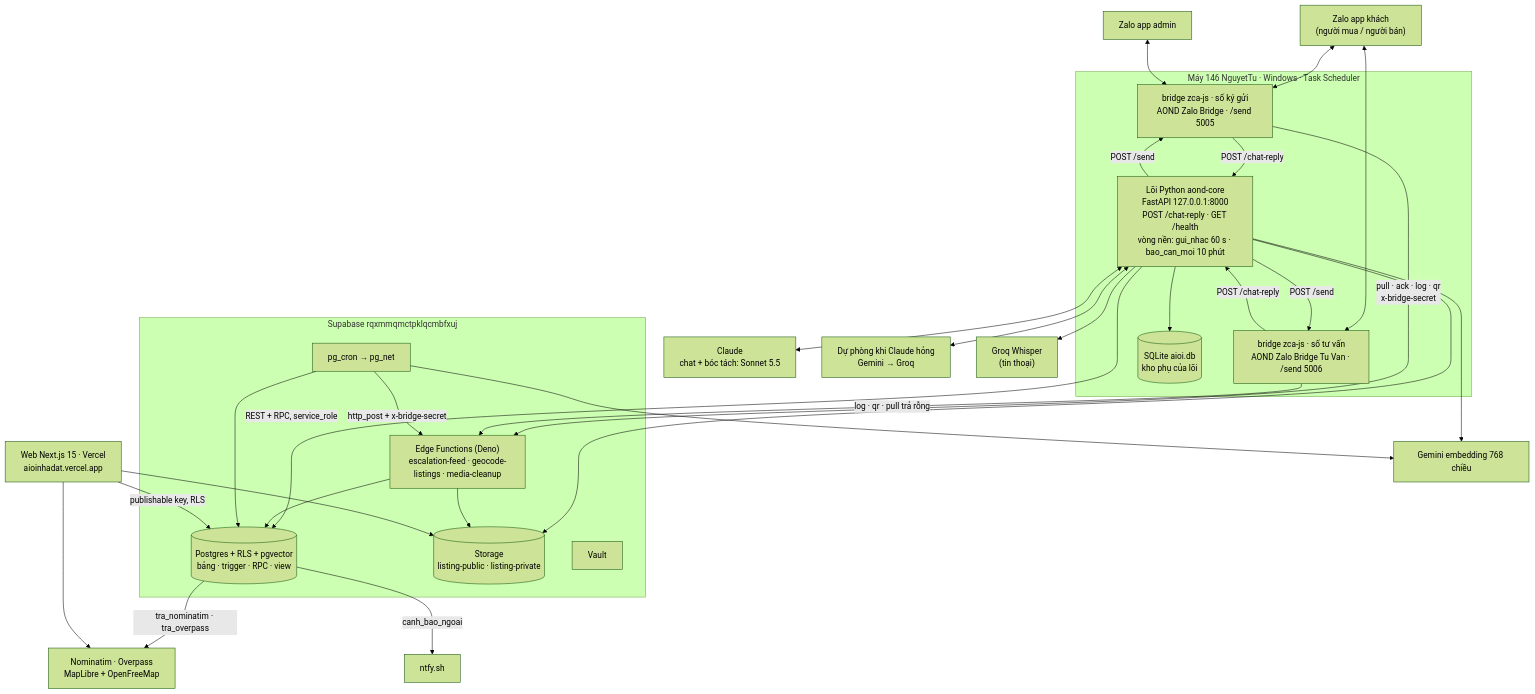
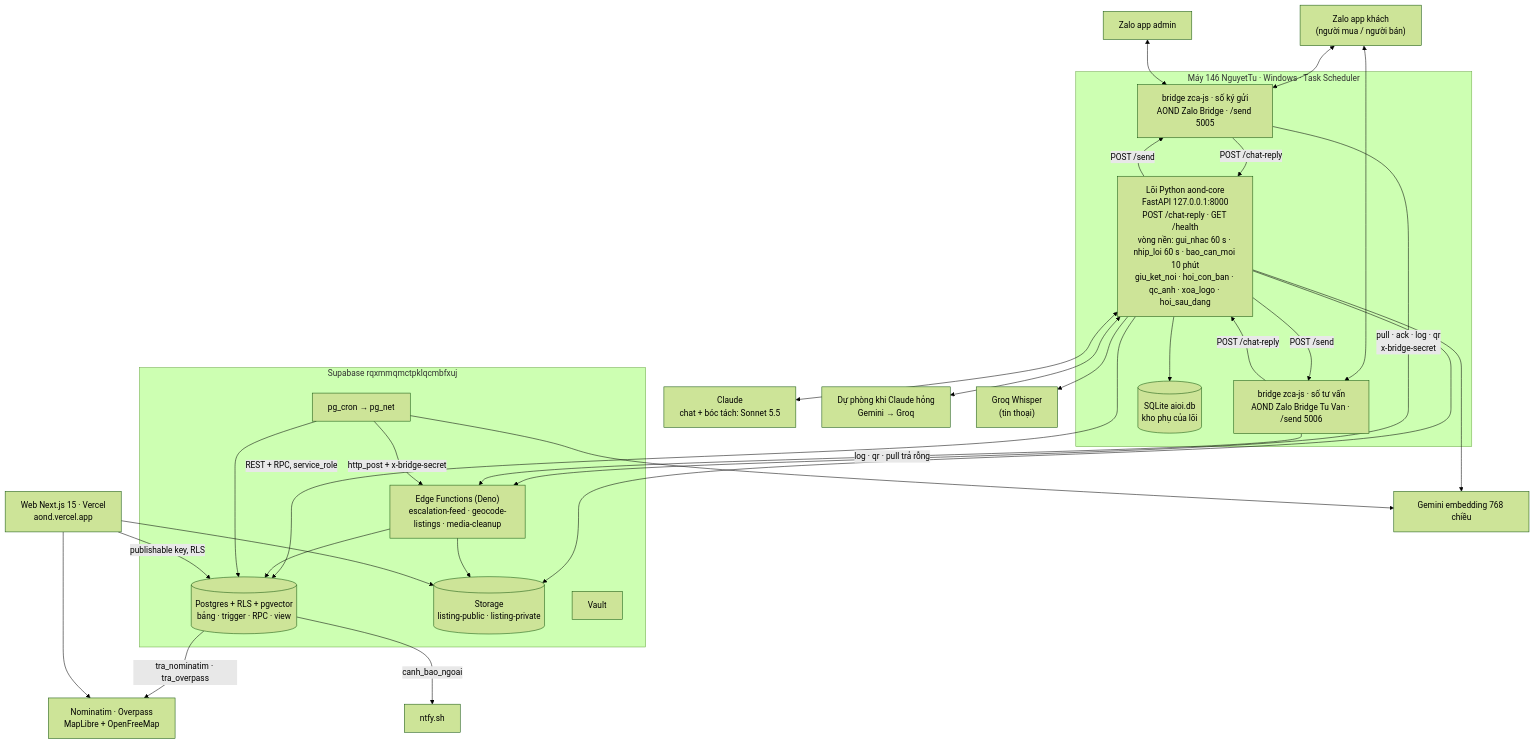
One commit to quang507/AOND changed the first of 3 diagrams in docs/07-srs.md. Above: the diagram before and after it, drawn with Mermaid (forest theme). The commit also changed other lines of this file and 6 other files, not shown here.

````diff
--- a/docs/07-srs.md
+++ b/docs/07-srs.md
@@ -48,52 +48,52 @@
 ```mermaid
 flowchart TB
     ZK["Zalo app khách<br/>(người mua / người bán)"]
     ZA["Zalo app admin"]
-    W["Web Next.js 15 · Vercel<br/>aioinhadat.vercel.app"]
+    W["Web Next.js 15 · Vercel<br/>aond.vercel.app"]
     subgraph M146["Máy 146 NguyetTu · Windows · Task Scheduler"]
         BR1["bridge zca-js · số ký gửi<br/>AOND Zalo Bridge · /send 5005"]
         BR2["bridge zca-js · số tư vấn<br/>AOND Zalo Bridge Tu Van · /send 5006"]
-        CORE["Lõi Python aond-core<br/>FastAPI 127.0.0.1:8000<br/>POST /chat-reply · GET /health<br/>vòng nền: gui_nhac 60 s · bao_can_moi 10 phút"]
+        CORE["Lõi Python aond-core<br/>FastAPI 127.0.0.1:8000<br/>POST /chat-reply · GET /health<br/>vòng nền: gui_nhac 60 s · nhip_loi 60 s · bao_can_moi 10 phút<br/>giu_ket_noi · hoi_con_ban · qc_anh · xoa_logo · hoi_sau_dang"]
         SQL[("SQLite aioi.db<br/>kho phụ của lõi")]
     end
     subgraph SB["Supabase rqxmmqmctpklqcmbfxuj"]
         DB[("Postgres + RLS + pgvector<br/>bảng · trigger · RPC · view")]
         EF["Edge Functions (Deno)<br/>escalation-feed · geocode-listings · media-cleanup"]
         CRON["pg_cron → pg_net"]
         ST[("Storage<br/>listing-public · listing-private")]
         VA["Vault"]
     end
     CL["Claude<br/>chat + bóc tách: Sonnet 5.5"]
     DP["Dự phòng khi Claude hỏng<br/>Gemini → Groq"]
     EMB["Gemini embedding 768 chiều"]
     WH["Groq Whisper<br/>(tin thoại)"]
     OSM["Nominatim · Overpass<br/>MapLibre + OpenFreeMap"]
     NTFY["ntfy.sh"]
 
     ZK <--> BR1
     ZK <--> BR2
     ZA <--> BR1
     BR1 -->|POST /chat-reply| CORE
     BR2 -->|POST /chat-reply| CORE
     CORE -->|POST /send| BR1
     CORE -->|POST /send| BR2
     CORE --> SQL
     CORE -->|REST + RPC, service_role| DB
     CORE --> ST
     CORE <--> CL
     CORE <--> DP
     CORE --> EMB
     CORE --> WH
     BR1 -->|pull · ack · log · qr<br/>x-bridge-secret| EF
     BR2 -->|log · qr · pull trả rỗng| EF
     EF --> DB
     EF --> ST
     CRON -->|http_post + x-bridge-secret| EF
     CRON --> DB
     CRON --> EMB
     DB -->|tra_nominatim · tra_overpass| OSM
     DB -->|canh_bao_ngoai| NTFY
     W -->|publishable key, RLS| DB
     W --> ST
     W --> OSM
 ```
````
